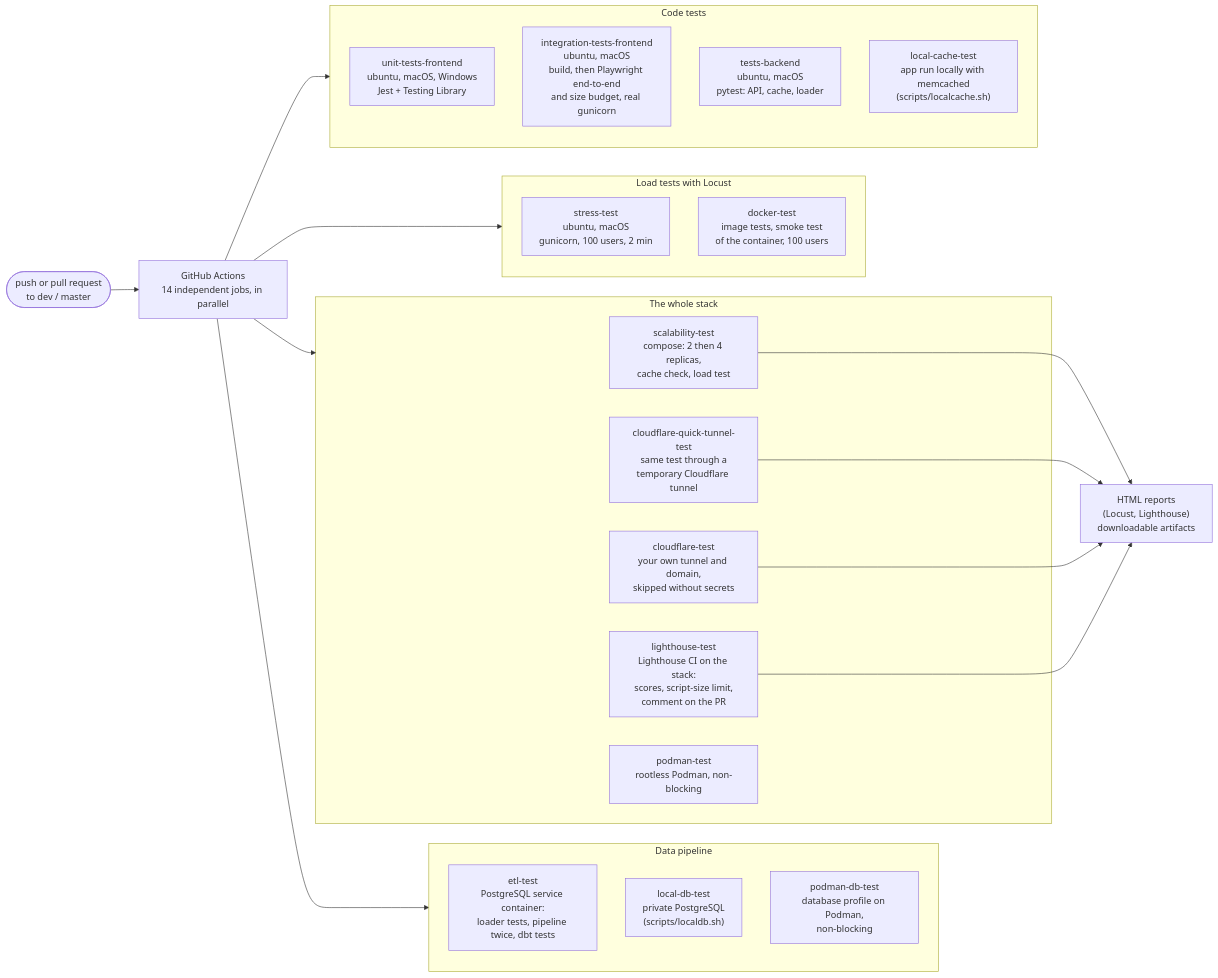
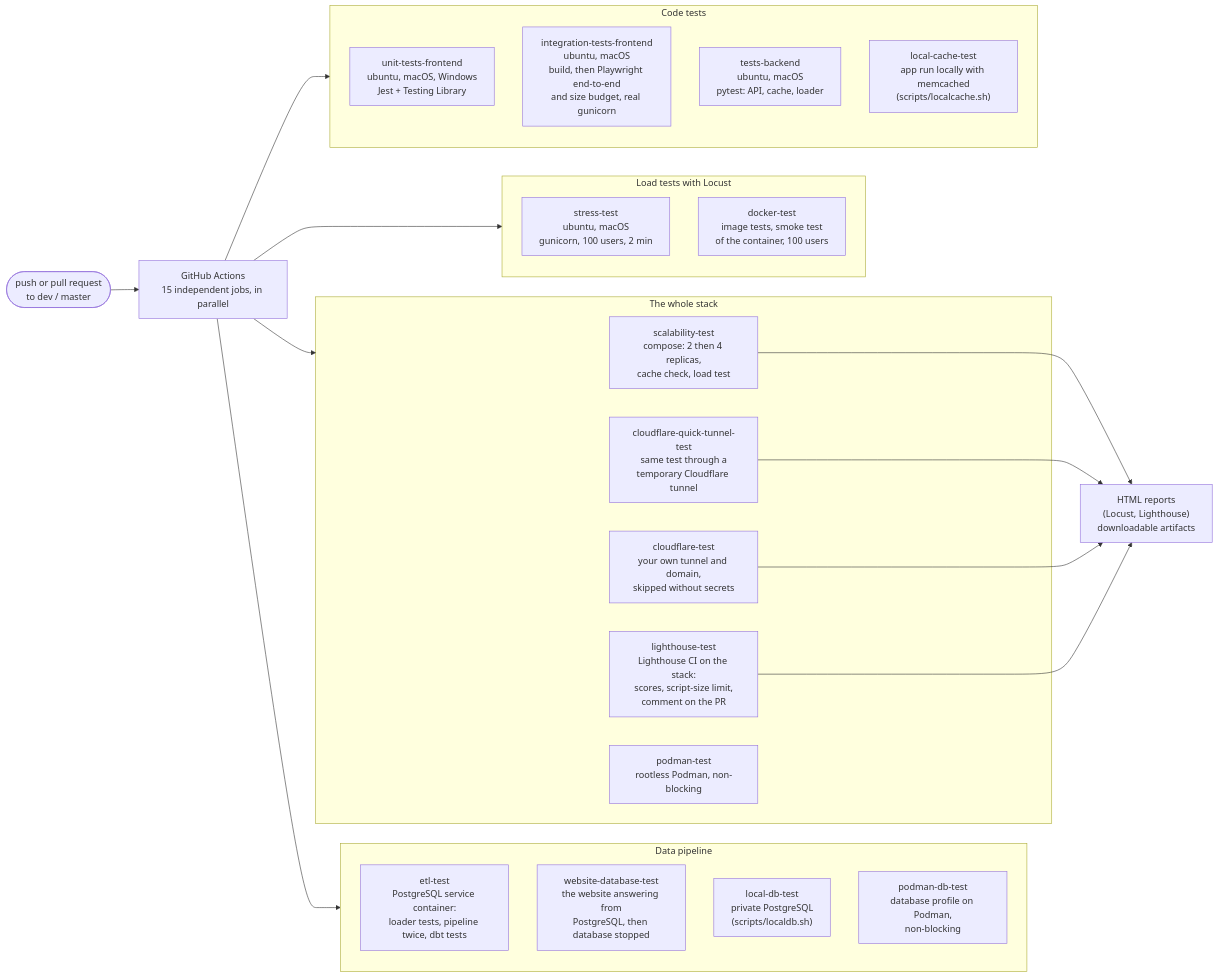
The first of 2 diagrams in CI_CD.md (ybouilla/hiparis_project), drawn with Mermaid before and after one commit. The commit also changed other lines of this file and 7 other files, not shown here.

Commit message:
Connects database to website backend

````diff
--- a/CI_CD.md
+++ b/CI_CD.md
@@ -7,39 +7,40 @@
 ```mermaid
 flowchart LR
-    trigger(["push or pull request<br/>to dev / master"]) --> gha["GitHub Actions<br/>14 independent jobs, in parallel"]
+    trigger(["push or pull request<br/>to dev / master"]) --> gha["GitHub Actions<br/>15 independent jobs, in parallel"]
 
     subgraph data["Data pipeline"]
         et["etl-test<br/>PostgreSQL service container:<br/>loader tests, pipeline twice, dbt tests"]
+        wd["website-database-test<br/>the website answering from<br/>PostgreSQL, then database stopped"]
         lt["local-db-test<br/>private PostgreSQL<br/>(scripts/localdb.sh)"]
         pdt["podman-db-test<br/>database profile on Podman,<br/>non-blocking"]
     end
 
     subgraph deploy["The whole stack"]
         sc["scalability-test<br/>compose: 2 then 4 replicas,<br/>cache check, load test"]
         qt["cloudflare-quick-tunnel-test<br/>same test through a<br/>temporary Cloudflare tunnel"]
         lh["lighthouse-test<br/>Lighthouse CI on the stack:<br/>scores, script-size limit,<br/>comment on the PR"]
         ct["cloudflare-test<br/>your own tunnel and domain,<br/>skipped without secrets"]
         pt["podman-test<br/>rootless Podman, non-blocking"]
     end
 
     subgraph perf["Load tests with Locust"]
         st["stress-test<br/>ubuntu, macOS<br/>gunicorn, 100 users, 2 min"]
         dt["docker-test<br/>image tests, smoke test<br/>of the container, 100 users"]
     end
 
     subgraph code["Code tests"]
         ut["unit-tests-frontend<br/>ubuntu, macOS, Windows<br/>Jest + Testing Library"]
         it["integration-tests-frontend<br/>ubuntu, macOS<br/>build, then Playwright end-to-end<br/>and size budget, real gunicorn"]
         bt["tests-backend<br/>ubuntu, macOS<br/>pytest: API, cache, loader"]
         lc["local-cache-test<br/>app run locally with memcached<br/>(scripts/localcache.sh)"]
     end
 
     gha --> data
     gha --> deploy
     gha --> perf
     gha --> code
     sc --> reports["HTML reports<br/>(Locust, Lighthouse)<br/>downloadable artifacts"]
     qt --> reports
     ct --> reports
     lh --> reports
 ```
````
